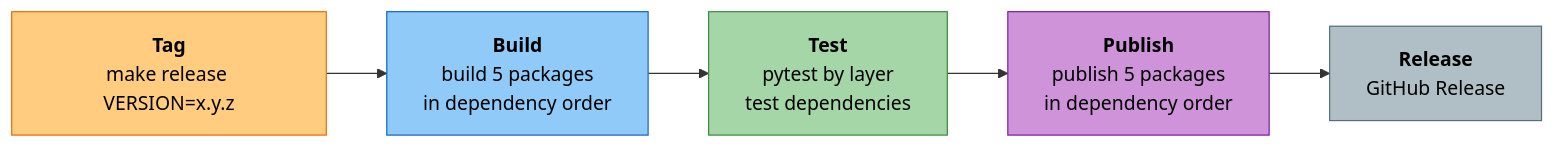
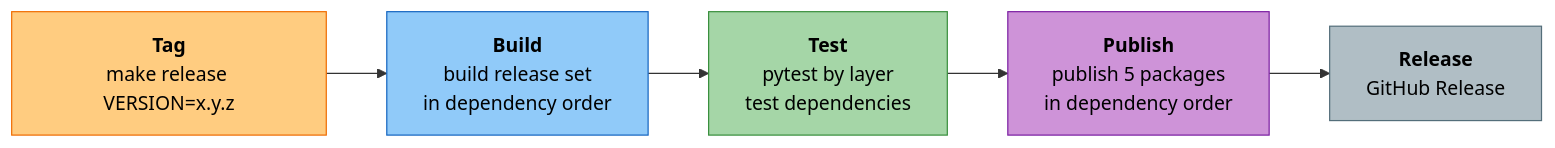
The first of 2 diagrams in docs/development/publishing-guide.md (amit-jain/cogniverse), drawn with Mermaid before and after one commit. The commit also changed other lines of this file and 4 other files, not shown here.

````diff
--- a/docs/development/publishing-guide.md
+++ b/docs/development/publishing-guide.md
@@ -50,16 +50,16 @@
 ```mermaid
 flowchart LR
     A["<span style='color:#000'><b>Tag</b><br/>make release VERSION=x.y.z</span>"]
-    B["<span style='color:#000'><b>Build</b><br/>build 5 packages<br/>in dependency order</span>"]
+    B["<span style='color:#000'><b>Build</b><br/>build release set<br/>in dependency order</span>"]
     C["<span style='color:#000'><b>Test</b><br/>pytest by layer<br/>test dependencies</span>"]
     D["<span style='color:#000'><b>Publish</b><br/>publish 5 packages<br/>in dependency order</span>"]
     E["<span style='color:#000'><b>Release</b><br/>GitHub Release</span>"]
 
     A --> B --> C --> D --> E
 
     style A fill:#ffcc80,stroke:#ef6c00,color:#000
     style B fill:#90caf9,stroke:#1565c0,color:#000
     style C fill:#a5d6a7,stroke:#388e3c,color:#000
     style D fill:#ce93d8,stroke:#7b1fa2,color:#000
     style E fill:#b0bec5,stroke:#546e7a,color:#000
 ```
````
